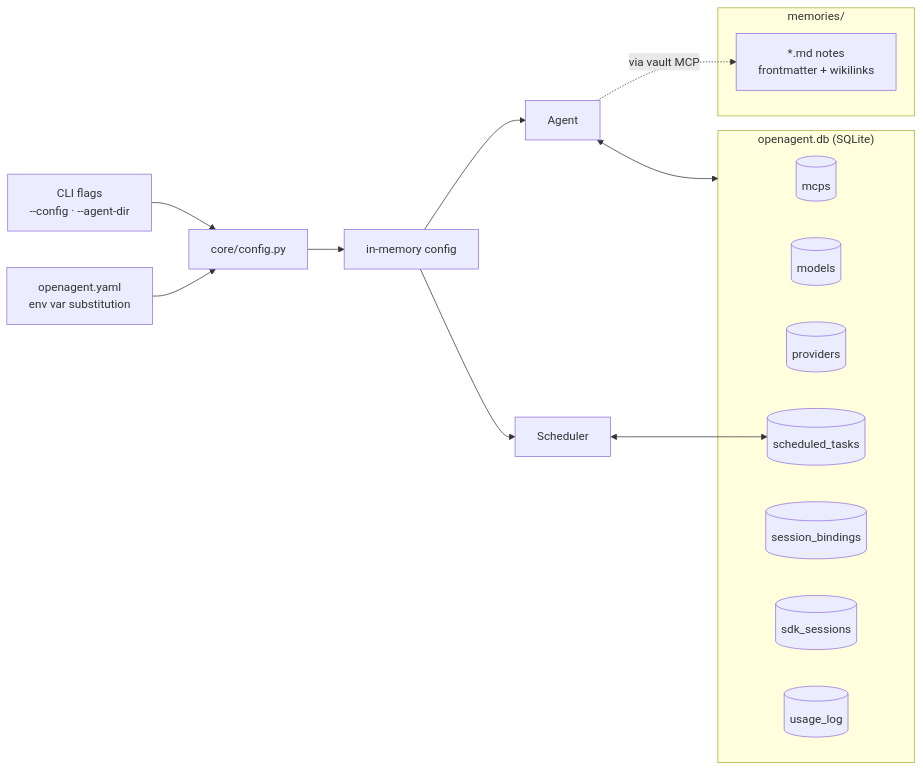
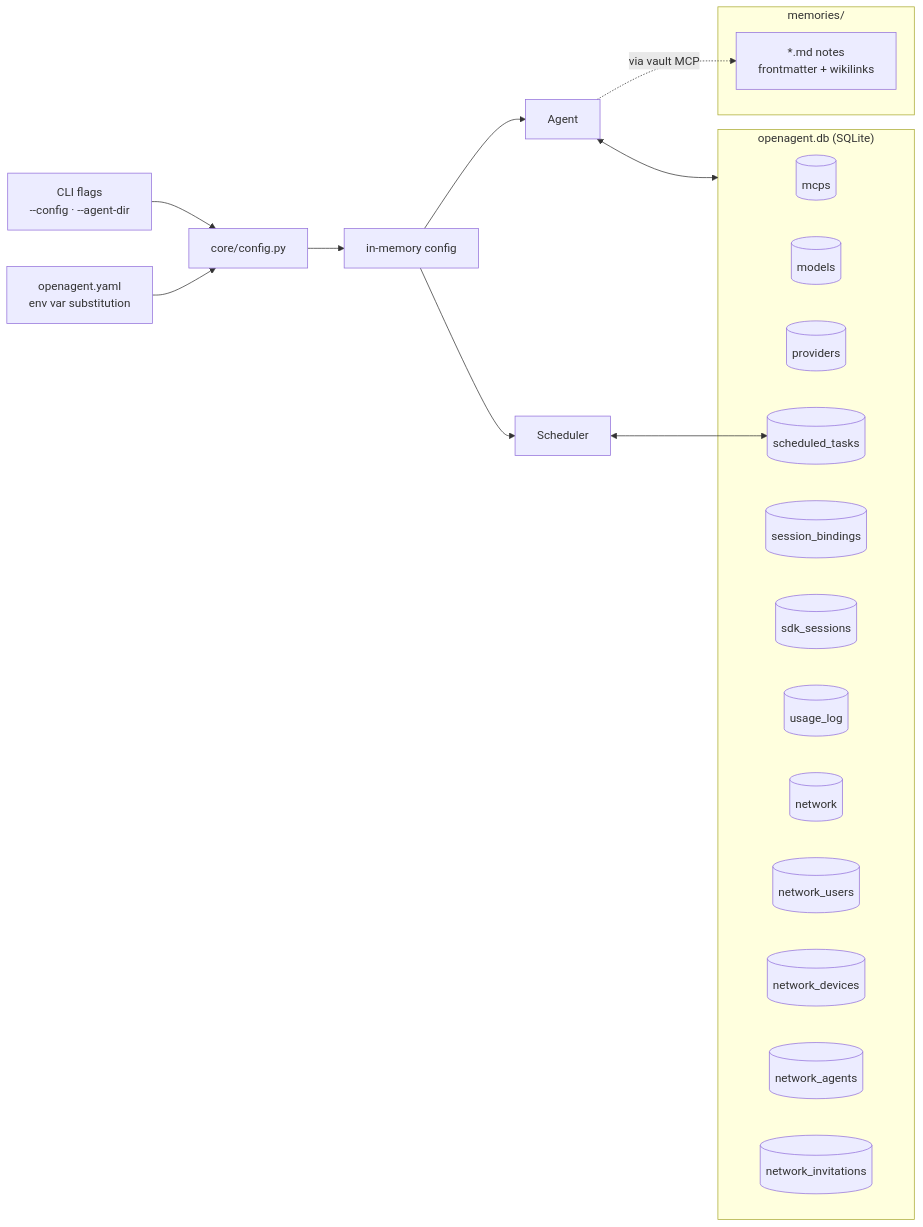
One commit to openagent-uno/openagent-docs changed the ninth of 9 diagrams in guide/architecture.md. Above: the diagram before and after it, drawn with Mermaid. The commit also changed other lines of this file and 11 other files, not shown here.

````diff
--- a/guide/architecture.md
+++ b/guide/architecture.md
@@ -290,28 +357,33 @@
 ```mermaid
 flowchart LR
     Flags["CLI flags<br/>--config · --agent-dir"] --> Loader
     YAML["openagent.yaml<br/>env var substitution"] --> Loader
     Loader["core/config.py"] --> Cfg["in-memory config"]
 
     Cfg --> Agent
     Cfg --> Sched[Scheduler]
 
     subgraph Runtime["openagent.db (SQLite)"]
         T1[(mcps)]
         T2[(models)]
         T3[(providers)]
         T4[(scheduled_tasks)]
         T5[(session_bindings)]
         T6[(sdk_sessions)]
         T7[(usage_log)]
+        T8[(network)]
+        T9[(network_users)]
+        T10[(network_devices)]
+        T11[(network_agents)]
+        T12[(network_invitations)]
     end
 
     Agent <--> Runtime
     Sched <--> T4
 
     subgraph Vault["memories/"]
         MD["*.md notes<br/>frontmatter + wikilinks"]
     end
 
     Agent -. via vault MCP .-> MD
 ```
````
